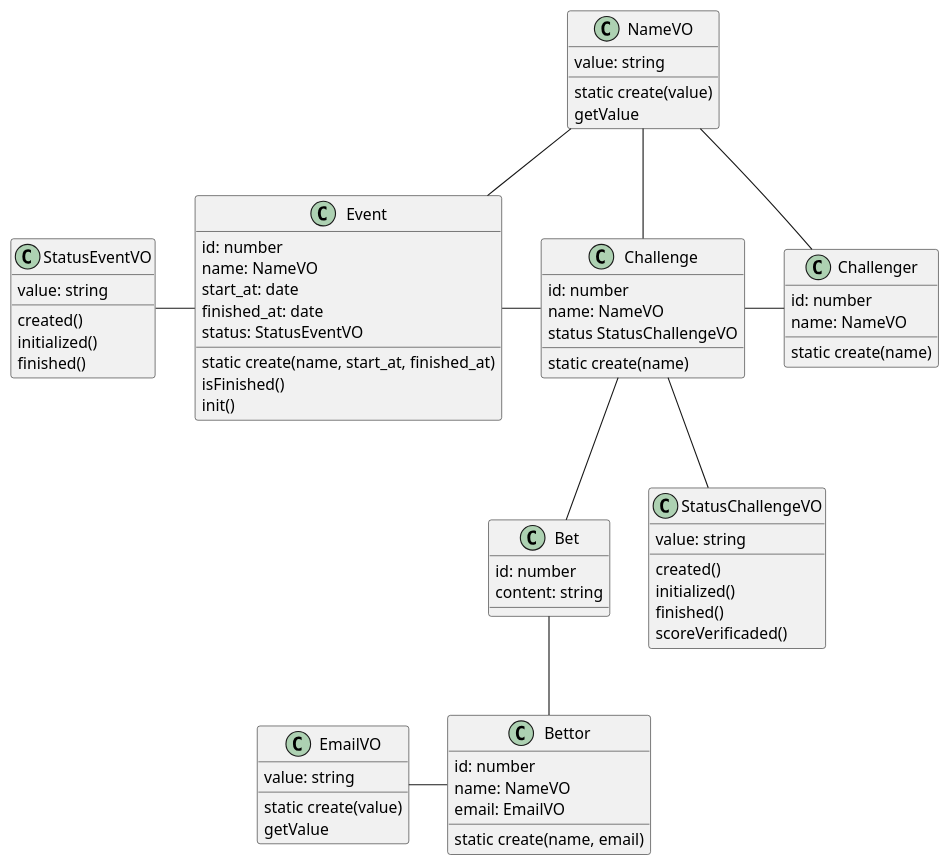
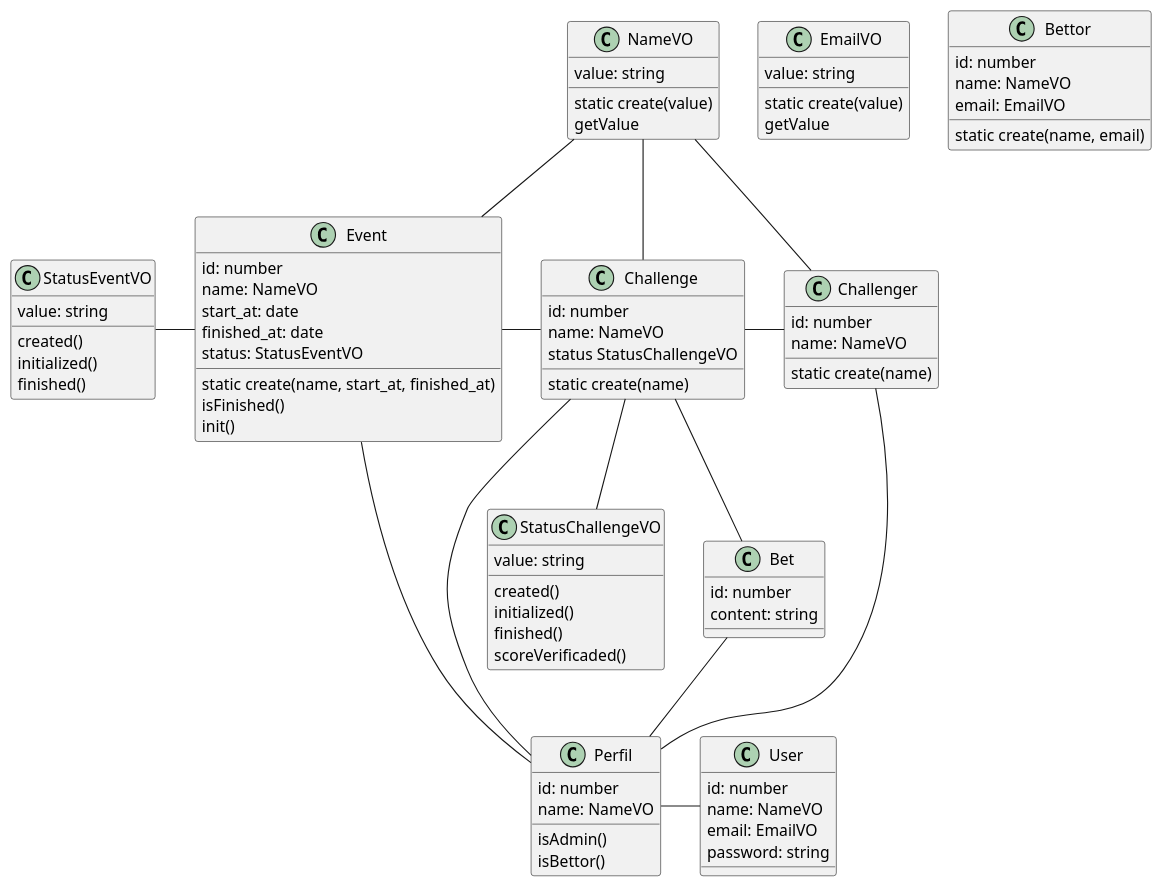
The diagram in doc/core-class-diagram.puml (rafa-so/bet-familia-core), drawn with PlantUML before and after one commit. The commit also changed 1 other file, not shown here.

Commit message:
Criação de diagrama de classes

```diff
--- a/doc/core-class-diagram.puml
+++ b/doc/core-class-diagram.puml
@@ -1,78 +1,98 @@
 @startuml core-class-diagram
 
 class NameVO {
     {field} value: string
     {method} static create(value)
     {method} getValue
 }
 
 class EmailVO {
     {field} value: string
     {method} static create(value)
     {method} getValue
 }
 
 class StatusEventVO {
     {field} value: string
     {method} created()
     {method} initialized()
     {method} finished()
 }
 
 class StatusChallengeVO {
     {field} value: string
     {method} created()
     {method} initialized()
     {method} finished()
     {method} scoreVerificaded()
 }
 
 class Bettor {
     {field} id: number
     {field} name: NameVO
     {field} email: EmailVO
     {method} static create(name, email)
+}
+
+class User {
+    id: number
+    name: NameVO
+    email: EmailVO
+    password: string
+}
+
+class Perfil {
+    id: number
+    name: NameVO
+    isAdmin()
+    isBettor()
 }
 
 class Event {
     {field} id: number
     {field} name: NameVO
     {field} start_at: date
     {field} finished_at: date
     {field} status: StatusEventVO
     {method} static create(name, start_at, finished_at)
     {method} isFinished()
     {method} init()
 }
 
 class Challenge {
     {field} id: number
     {field} name: NameVO
     {field} status StatusChallengeVO
     {method} static create(name)
 }
 
 class Challenger {
     {field} id: number
     {field} name: NameVO
     {method} static create(name)
 }
 
 class Bet {
     {field} id: number
     {field} content: string
 }
 
 NameVO -down- Event
 NameVO -down- Challenge
 NameVO -down- Challenger
 Event - Challenge
 StatusEventVO -right- Event
 Challenge - Challenger
 Challenge -down- StatusChallengeVO 
+
+
+
 Bet -up- Challenge
-Bettor -up- Bet
-EmailVO - Bettor
+Bet -down- Perfil
+Perfil -right- Challenge
+Challenger -down- Perfil
+Perfil -right- User
+Event -down- Perfil
 
 
 @enduml
```
